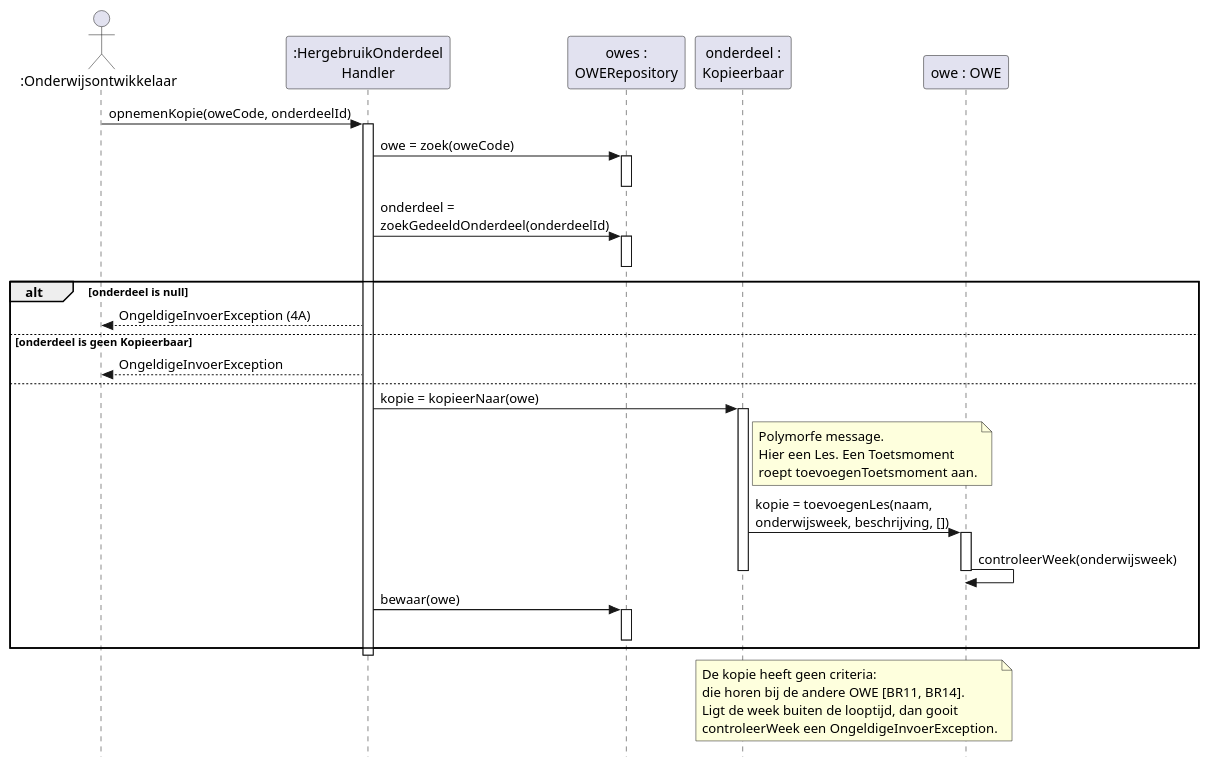
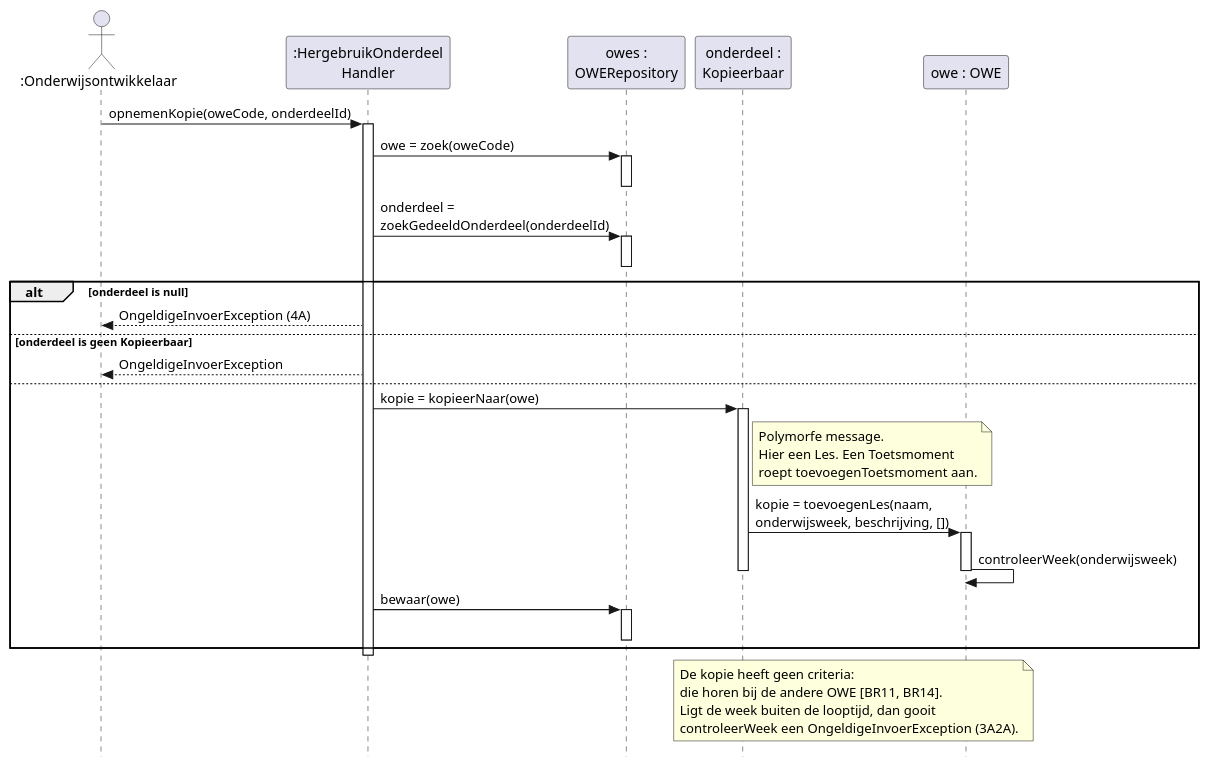
One commit to HAN-Craftsmanship-KL-JJG/casus changed the diagram in docs/diagrams/sd-uc07-opnemenkopie.puml. Above: the diagram before and after it, drawn with PlantUML. The commit also changed 5 other files, not shown here.

```diff
--- a/docs/diagrams/sd-uc07-opnemenkopie.puml
+++ b/docs/diagrams/sd-uc07-opnemenkopie.puml
@@ -1,51 +1,51 @@
 @startuml sd-uc07-opnemenkopie
 ' Sequence diagram van systeemoperatie opnemenKopie (UC07, flow 3A).
 ' Toelichting: docs/sequencediagrammen.md
 skinparam style strictuml
 skinparam shadowing false
 skinparam defaultFontName Helvetica
 hide footbox
 
 actor ":Onderwijsontwikkelaar" as ontwikkelaar
 participant ":HergebruikOnderdeel\nHandler" as handler
 participant "owes :\nOWERepository" as owes
 participant "onderdeel :\nKopieerbaar" as onderdeel
 participant "owe : OWE" as owe
 
 ontwikkelaar -> handler : opnemenKopie(oweCode, onderdeelId)
 activate handler
 handler -> owes : owe = zoek(oweCode)
 activate owes
 deactivate owes
 handler -> owes : onderdeel =\nzoekGedeeldOnderdeel(onderdeelId)
 activate owes
 deactivate owes
 alt onderdeel is null
   handler --> ontwikkelaar : OngeldigeInvoerException (4A)
 else onderdeel is geen Kopieerbaar
   handler --> ontwikkelaar : OngeldigeInvoerException
 else
   handler -> onderdeel : kopie = kopieerNaar(owe)
   activate onderdeel
   note right of onderdeel
     Polymorfe message.
     Hier een Les. Een Toetsmoment
     roept toevoegenToetsmoment aan.
   end note
   onderdeel -> owe : kopie = toevoegenLes(naam,\nonderwijsweek, beschrijving, [])
   activate owe
   owe -> owe : controleerWeek(onderwijsweek)
   deactivate owe
   deactivate onderdeel
   handler -> owes : bewaar(owe)
   activate owes
   deactivate owes
 end
 deactivate handler
 note over onderdeel, owe
   De kopie heeft geen criteria:
   die horen bij de andere OWE [BR11, BR14].
   Ligt de week buiten de looptijd, dan gooit
-  controleerWeek een OngeldigeInvoerException.
+  controleerWeek een OngeldigeInvoerException (3A2A).
 end note
 @enduml
```
